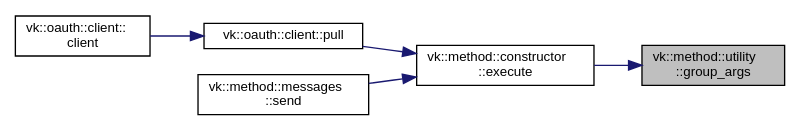
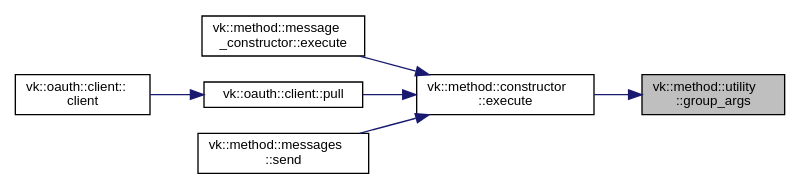
The diagram in docs/classvk_1_1method_1_1utility_a19c050ed96880bb6f34499d5a6aaa062_icgraph.dot (edgjj/cpp_vk_lib), drawn with Graphviz before and after one commit. The commit also changed 374 other files, not shown here.

Commit message:
rework message constructor

```diff
--- a/docs/classvk_1_1method_1_1utility_a19c050ed96880bb6f34499d5a6aaa062_icgraph.dot
+++ b/docs/classvk_1_1method_1_1utility_a19c050ed96880bb6f34499d5a6aaa062_icgraph.dot
@@ -1,16 +1,18 @@
 digraph "vk::method::utility::group_args"
 {
  // LATEX_PDF_SIZE
   edge [fontname="Helvetica",fontsize="10",labelfontname="Helvetica",labelfontsize="10"];
   node [fontname="Helvetica",fontsize="10",shape=record];
   rankdir="RL";
   Node1 [label="vk::method::utility\l::group_args",height=0.2,width=0.4,color="black", fillcolor="grey75", style="filled", fontcolor="black",tooltip=" "];
   Node1 -> Node2 [dir="back",color="midnightblue",fontsize="10",style="solid",fontname="Helvetica"];
   Node2 [label="vk::method::constructor\l::execute",height=0.2,width=0.4,color="black", fillcolor="white", style="filled",URL="$classvk_1_1method_1_1constructor.html#a2b5cb59484af52b1a079599267b5df37",tooltip="Process VK request."];
   Node2 -> Node3 [dir="back",color="midnightblue",fontsize="10",style="solid",fontname="Helvetica"];
-  Node3 [label="vk::oauth::client::pull",height=0.2,width=0.4,color="black", fillcolor="white", style="filled",URL="$classvk_1_1oauth_1_1client.html#a4e076f3759181ee177f347fdbf36ec70",tooltip="Try get user data."];
-  Node3 -> Node4 [dir="back",color="midnightblue",fontsize="10",style="solid",fontname="Helvetica"];
-  Node4 [label="vk::oauth::client::\lclient",height=0.2,width=0.4,color="black", fillcolor="white", style="filled",URL="$classvk_1_1oauth_1_1client.html#abe14e319ea960dfa9be7efc9b599253d",tooltip=" "];
-  Node2 -> Node5 [dir="back",color="midnightblue",fontsize="10",style="solid",fontname="Helvetica"];
-  Node5 [label="vk::method::messages\l::send",height=0.2,width=0.4,color="black", fillcolor="white", style="filled",URL="$classvk_1_1method_1_1messages.html#a3dab930224b84d776747004a0c39d048",tooltip=" "];
+  Node3 [label="vk::method::message\l_constructor::execute",height=0.2,width=0.4,color="black", fillcolor="white", style="filled",URL="$classvk_1_1method_1_1message__constructor.html#a97ba865f9bfc06d833869f86d10135f2",tooltip=" "];
+  Node2 -> Node4 [dir="back",color="midnightblue",fontsize="10",style="solid",fontname="Helvetica"];
+  Node4 [label="vk::oauth::client::pull",height=0.2,width=0.4,color="black", fillcolor="white", style="filled",URL="$classvk_1_1oauth_1_1client.html#a4e076f3759181ee177f347fdbf36ec70",tooltip="Try get user data."];
+  Node4 -> Node5 [dir="back",color="midnightblue",fontsize="10",style="solid",fontname="Helvetica"];
+  Node5 [label="vk::oauth::client::\lclient",height=0.2,width=0.4,color="black", fillcolor="white", style="filled",URL="$classvk_1_1oauth_1_1client.html#abe14e319ea960dfa9be7efc9b599253d",tooltip=" "];
+  Node2 -> Node6 [dir="back",color="midnightblue",fontsize="10",style="solid",fontname="Helvetica"];
+  Node6 [label="vk::method::messages\l::send",height=0.2,width=0.4,color="black", fillcolor="white", style="filled",URL="$classvk_1_1method_1_1messages.html#a3dab930224b84d776747004a0c39d048",tooltip=" "];
 }
```
